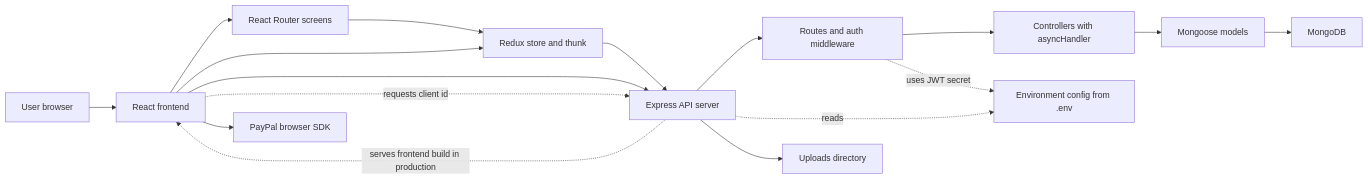
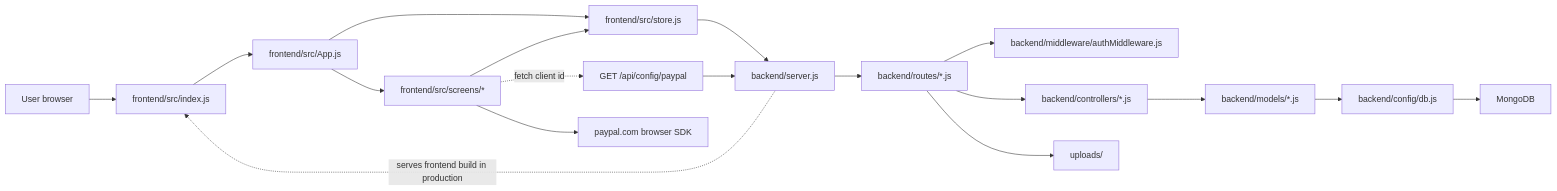
Before and after one commit to ilya-chakun/proshop_mern: the diagram in docs/architecture.md, drawn with Mermaid. The commit also changed 4 other files, not shown here.

````diff
--- a/docs/architecture.md
+++ b/docs/architecture.md
@@ -5,32 +5,36 @@
 ```mermaid
 flowchart LR
     user["User browser"]
-    frontend["React frontend"]
-    router["React Router screens"]
-    state["Redux store and thunk"]
-    api["Express API server"]
-    routes["Routes and auth middleware"]
-    controllers["Controllers with asyncHandler"]
-    models["Mongoose models"]
+    index["frontend/src/index.js"]
+    app["frontend/src/App.js"]
+    screens["frontend/src/screens/*"]
+    store["frontend/src/store.js"]
+    server["backend/server.js"]
+    routes["backend/routes/*.js"]
+    auth["backend/middleware/authMiddleware.js"]
+    controllers["backend/controllers/*.js"]
+    models["backend/models/*.js"]
+    db["backend/config/db.js"]
     mongo["MongoDB"]
-    paypal["PayPal browser SDK"]
-    config["Environment config from .env"]
-    uploads["Uploads directory"]
+    paypalConfig["GET /api/config/paypal"]
+    paypalSdk["paypal.com browser SDK"]
+    uploads["uploads/"]
 
-    user --> frontend
-    frontend --> router
-    router --> state
-    frontend --> state
-    frontend --> api
-    state --> api
-    api --> routes
+    user --> index
+    index --> app
+    app --> screens
+    app --> store
+    screens --> store
+    store --> server
+    server --> routes
+    routes --> auth
     routes --> controllers
     controllers --> models
-    models --> mongo
-    api -. reads .-> config
-    routes -. uses JWT secret .-> config
-    frontend -. requests client id .-> api
-    frontend --> paypal
-    api --> uploads
-    api -. serves frontend build in production .-> frontend
+    models --> db
+    db --> mongo
+    screens -. fetch client id .-> paypalConfig
+    paypalConfig --> server
+    screens --> paypalSdk
+    routes --> uploads
+    server -. serves frontend build in production .-> index
 ```
````
